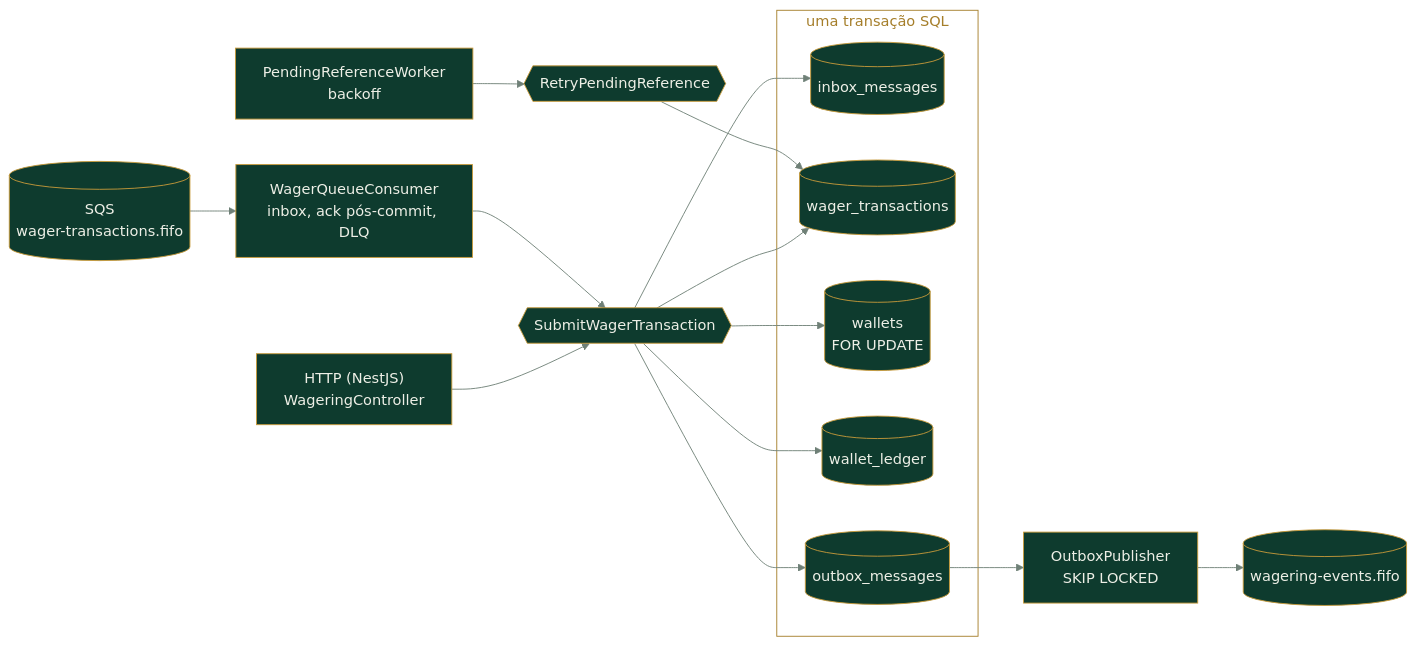
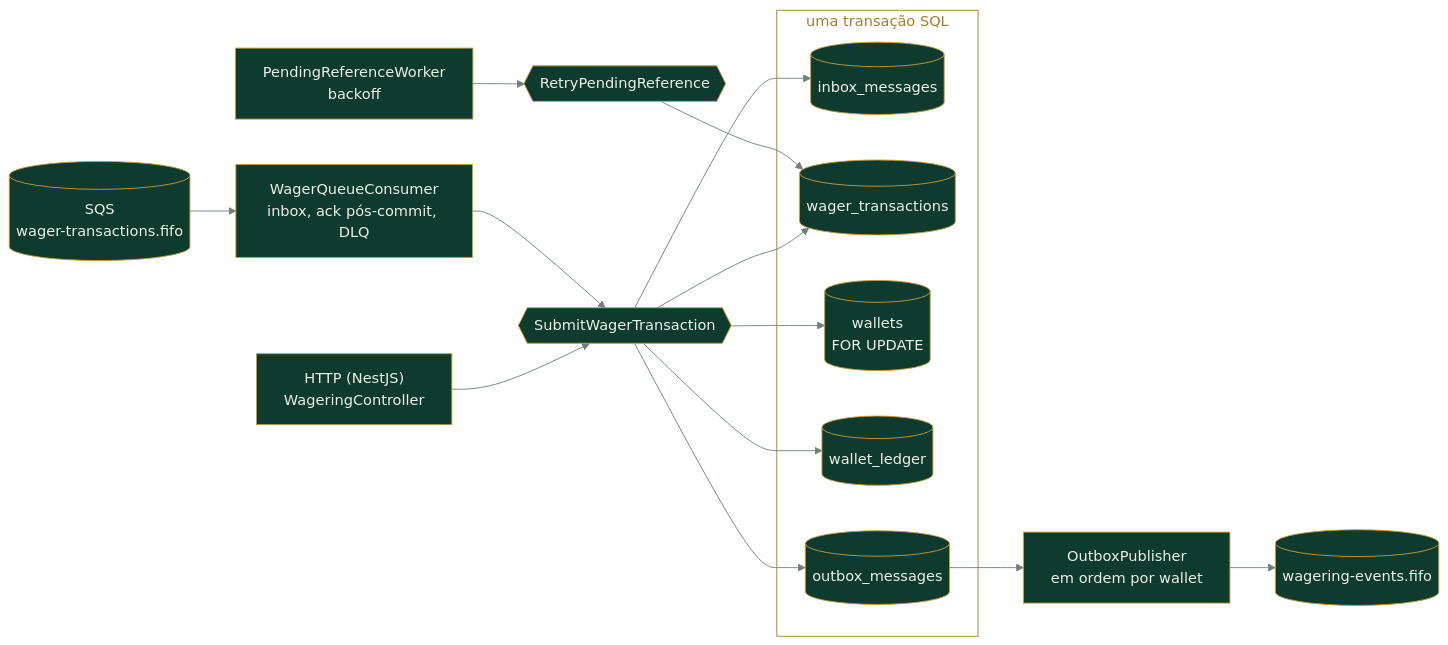
One commit to yurisdl/jungle-backend-challenge changed the first of 3 diagrams in ARCHITECTURE.md. Above: the diagram before and after it, drawn with Mermaid. The commit also changed other lines of this file and 32 other files, not shown here.

````diff
--- a/ARCHITECTURE.md
+++ b/ARCHITECTURE.md
@@ -17,25 +17,25 @@
 ```mermaid
 %%{init: {"theme": "base", "themeVariables": {"primaryColor": "#0E3B2E", "primaryTextColor": "#EDEFE6", "primaryBorderColor": "#C79A3A", "lineColor": "#6F8077", "clusterBkg": "transparent", "clusterBorder": "#A57E2A", "titleColor": "#A57E2A", "edgeLabelBackground": "#0E3B2E"}}}%%
 flowchart LR
   HTTP["HTTP (NestJS)<br/>WageringController"]
   QUEUE[("SQS<br/>wager-transactions.fifo")]
   CON["WagerQueueConsumer<br/>inbox, ack pós-commit, DLQ"]
   USE{{"SubmitWagerTransaction"}}
   subgraph TX["uma transação SQL"]
     INBOX[("inbox_messages")]
     WTX[("wager_transactions")]
     WAL[("wallets<br/>FOR UPDATE")]
     LED[("wallet_ledger")]
     OUT[("outbox_messages")]
   end
   PEND["PendingReferenceWorker<br/>backoff"]
   RETRY{{"RetryPendingReference"}}
-  PUB["OutboxPublisher<br/>SKIP LOCKED"]
+  PUB["OutboxPublisher<br/>em ordem por wallet"]
   EVENTS[("wagering-events.fifo")]
 
   HTTP --> USE
   QUEUE --> CON --> USE
   USE --> INBOX & WTX & WAL & LED & OUT
   PEND --> RETRY --> WTX
   OUT --> PUB --> EVENTS
 ```
````
